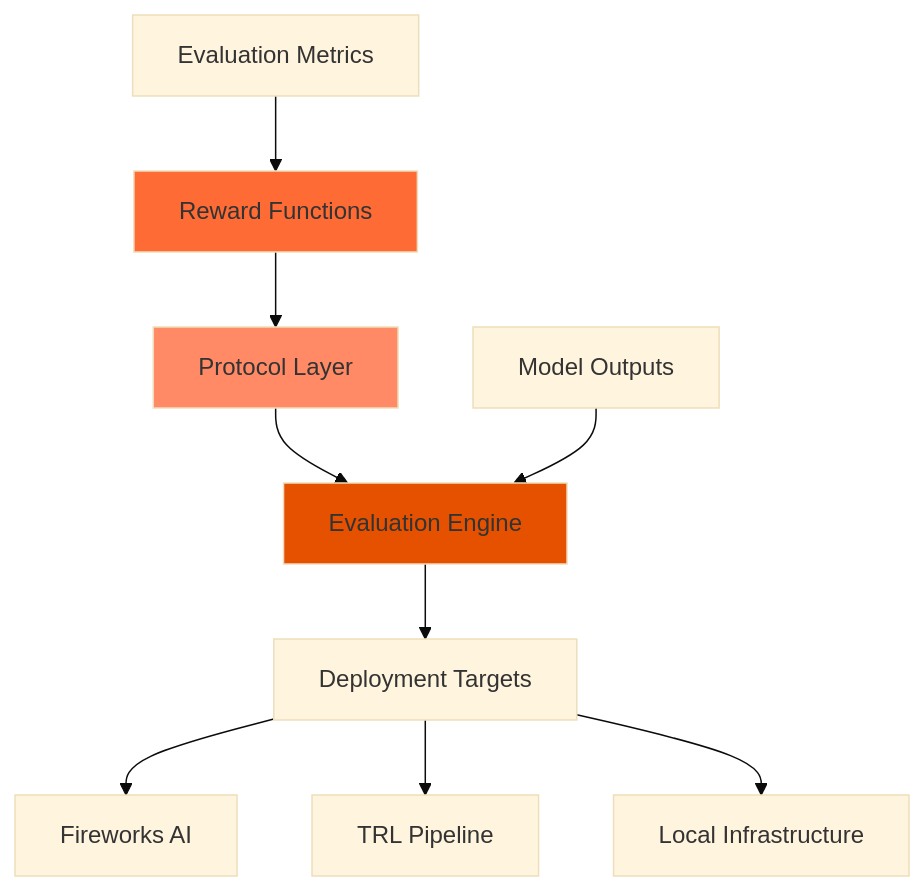
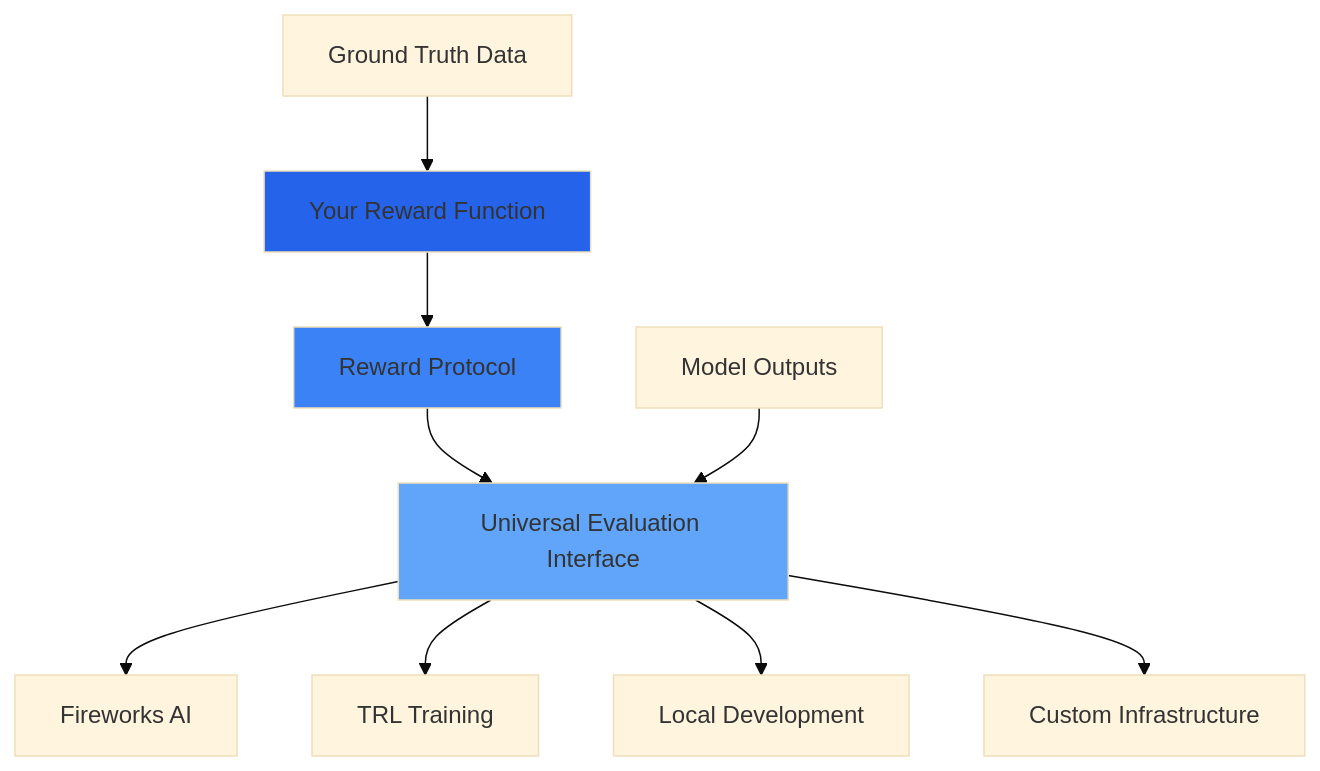
The first of 2 diagrams in introduction.mdx (eval-protocol/eval-protocol), drawn with Mermaid (base theme) before and after one commit. The commit also changed other lines of this file and 14 other files, not shown here.

````diff
--- a/introduction.mdx
+++ b/introduction.mdx
@@ -26,17 +25,17 @@
 ```mermaid
 graph TB
-    A[Reward Functions] --> B[Protocol Layer]
-    B --> C[Evaluation Engine]
-    C --> D[Deployment Targets]
+    A[Your Reward Function] --> B[Reward Protocol]
+    B --> C[Universal Evaluation Interface]
     
-    D --> E[Fireworks AI]
-    D --> F[TRL Pipeline]
-    D --> G[Local Infrastructure]
+    C --> D[Fireworks AI]
+    C --> E[TRL Training]
+    C --> F[Local Development]
+    C --> G[Custom Infrastructure]
     
     H[Model Outputs] --> C
-    I[Evaluation Metrics] --> A
+    I[Ground Truth Data] --> A
     
-    style A fill:#ff6b35
-    style B fill:#ff8a65
-    style C fill:#e65100
+    style A fill:#2563eb
+    style B fill:#3b82f6
+    style C fill:#60a5fa
 ```
````
